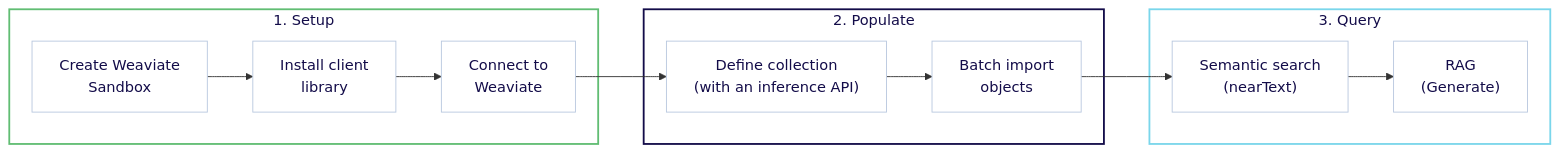
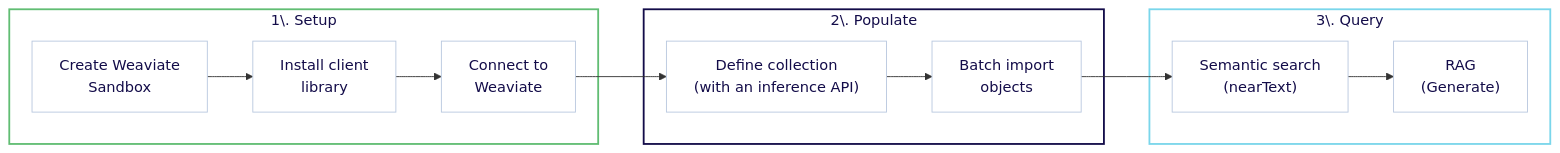
The first of 3 diagrams in docs/weaviate/quickstart/index.md (weaviate/docs), drawn with Mermaid before and after one commit. The commit also changed other lines of this file and 35 other files, not shown here.

Commit message:
Fix links, mermaid diagrams

````diff
--- a/docs/weaviate/quickstart/index.md
+++ b/docs/weaviate/quickstart/index.md
@@ -25,41 +25,41 @@
 ```mermaid
 flowchart LR
     %% Define nodes with white backgrounds and darker borders
-    A1["Create Weaviate\nSandbox"] --> A2["Install client\nlibrary"]
-    A2 --> A3["Connect to\nWeaviate"]
-    A3 --> B1["Define collection\n(with an inference API)"]
-    B1 --> B2["Batch import\nobjects"]
-    B2 --> C1["Semantic search\n(nearText)"]
-    C1 --> C2["RAG\n(Generate)"]
+    A1["Create Weaviate<br> Sandbox"] --> A2["Install client<br> library"]
+    A2 --> A3["Connect to<br> Weaviate"]
+    A3 --> B1["Define collection<br> (with an inference API)"]
+    B1 --> B2["Batch import<br> objects"]
+    B2 --> C1["Semantic search<br> (nearText)"]
+    C1 --> C2["RAG<br> (Generate)"]
 
     %% Group nodes in subgraphs with brand colors
-    subgraph sg1 ["1. Setup"]
+    subgraph sg1 ["1\. Setup"]
         A1
         A2
         A3
     end
 
-    subgraph sg2 ["2. Populate"]
+    subgraph sg2 ["2\. Populate"]
         B1
         B2
     end
 
-    subgraph sg3 ["3. Query"]
+    subgraph sg3 ["3\. Query"]
         C1
         C2
     end
 
     %% Style nodes with white background and darker borders
     style A1 fill:#ffffff,stroke:#B9C8DF,color:#130C49
     style A2 fill:#ffffff,stroke:#B9C8DF,color:#130C49
     style A3 fill:#ffffff,stroke:#B9C8DF,color:#130C49
     style B1 fill:#ffffff,stroke:#B9C8DF,color:#130C49
     style B2 fill:#ffffff,stroke:#B9C8DF,color:#130C49
     style C1 fill:#ffffff,stroke:#B9C8DF,color:#130C49
     style C2 fill:#ffffff,stroke:#B9C8DF,color:#130C49
 
     %% Style subgraphs with brand colors
     style sg1 fill:#ffffff,stroke:#61BD73,stroke-width:2px,color:#130C49
     style sg2 fill:#ffffff,stroke:#130C49,stroke-width:2px,color:#130C49
     style sg3 fill:#ffffff,stroke:#7AD6EB,stroke-width:2px,color:#130C49
 ```
````
